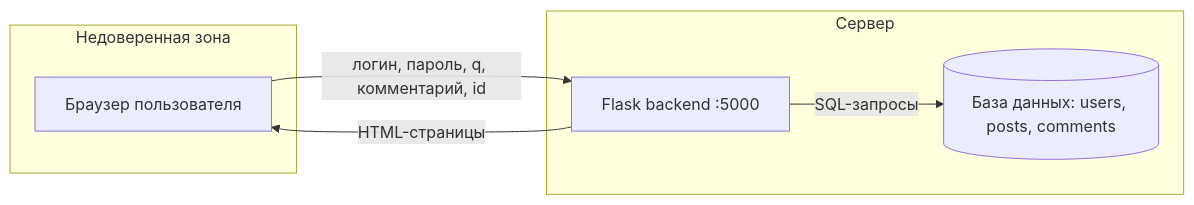
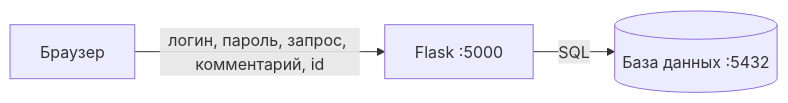
Before and after one commit to univerdvfu/secure-development-labs: the diagram in labs/lab1-secure-sdlc.md, drawn with Mermaid. The commit also changed other lines of this file and 36 other files, not shown here.

````diff
--- a/labs/lab1-secure-sdlc.md
+++ b/labs/lab1-secure-sdlc.md
@@ -231,13 +131,5 @@
 ```mermaid
 flowchart LR
-    U[Браузер пользователя] -- "логин, пароль, q, комментарий, id" --> F[Flask backend :5000]
-    F -- "SQL-запросы" --> D[(База данных: users, posts, comments)]
-    F -- "HTML-страницы" --> U
-    subgraph Недоверенная зона
-        U
-    end
-    subgraph Сервер
-        F
-        D
-    end
+    U[Браузер] -- "логин, пароль, запрос, комментарий, id" --> F[Flask :5000]
+    F -- SQL --> D[(База данных :5432)]
 ```
````
